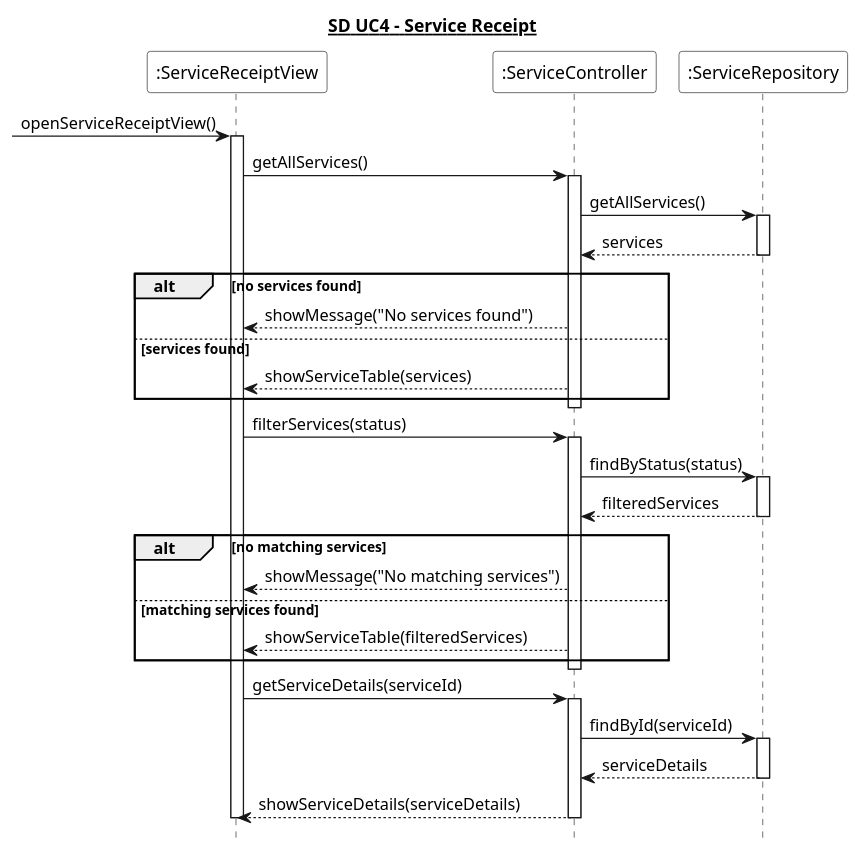
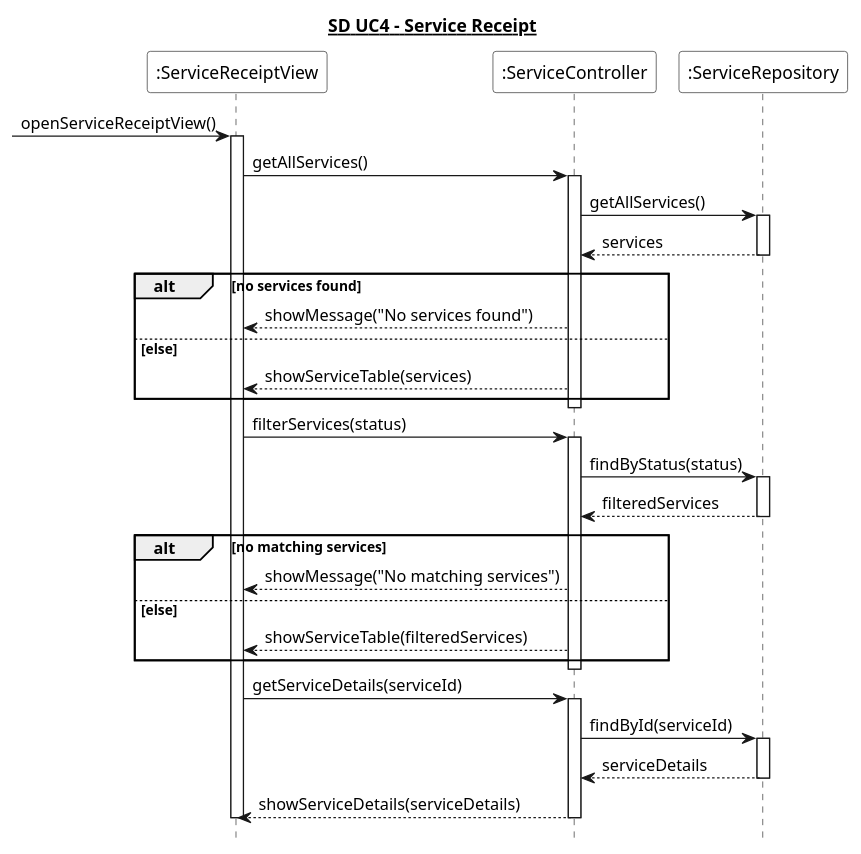
Before and after one commit to Zoabz/Getting-Real: the diagram in 6. Sekvens Diagrammer/UC4_service_kvittering.puml, drawn with PlantUML. The commit also changed 7 other files, not shown here.

```diff
--- a/6. Sekvens Diagrammer/UC4_service_kvittering.puml
+++ b/6. Sekvens Diagrammer/UC4_service_kvittering.puml
@@ -1,55 +1,55 @@
 @startuml
 hide footbox
 title <U>SD UC4 - Service Receipt
 
 participant ":ServiceReceiptView" as View #White
 participant ":ServiceController" as Controller #White
 participant ":ServiceRepository" as Repository #White
 
 [-> View : openServiceReceiptView()
 activate View
 
 View -> Controller : getAllServices()
 activate Controller
 
 Controller -> Repository : getAllServices()
 activate Repository
 Repository --> Controller : services
 deactivate Repository
 
 alt no services found
     Controller --> View : showMessage("No services found")
 
-else services found
+else else
     Controller --> View : showServiceTable(services)
 end
 
 deactivate Controller
 
 View -> Controller : filterServices(status)
 activate Controller
 Controller -> Repository : findByStatus(status)
 activate Repository
 Repository --> Controller : filteredServices
 deactivate Repository
 
 alt no matching services
     Controller --> View : showMessage("No matching services")
-else matching services found 
+else else
     Controller --> View : showServiceTable(filteredServices)
 end
 
 deactivate Controller
 
 View -> Controller : getServiceDetails(serviceId)
 activate Controller
 Controller -> Repository : findById(serviceId)
 activate Repository
 Repository --> Controller : serviceDetails
 deactivate Repository
 Controller --> View : showServiceDetails(serviceDetails)
 
 deactivate Controller
 deactivate View
 
 @enduml
```
